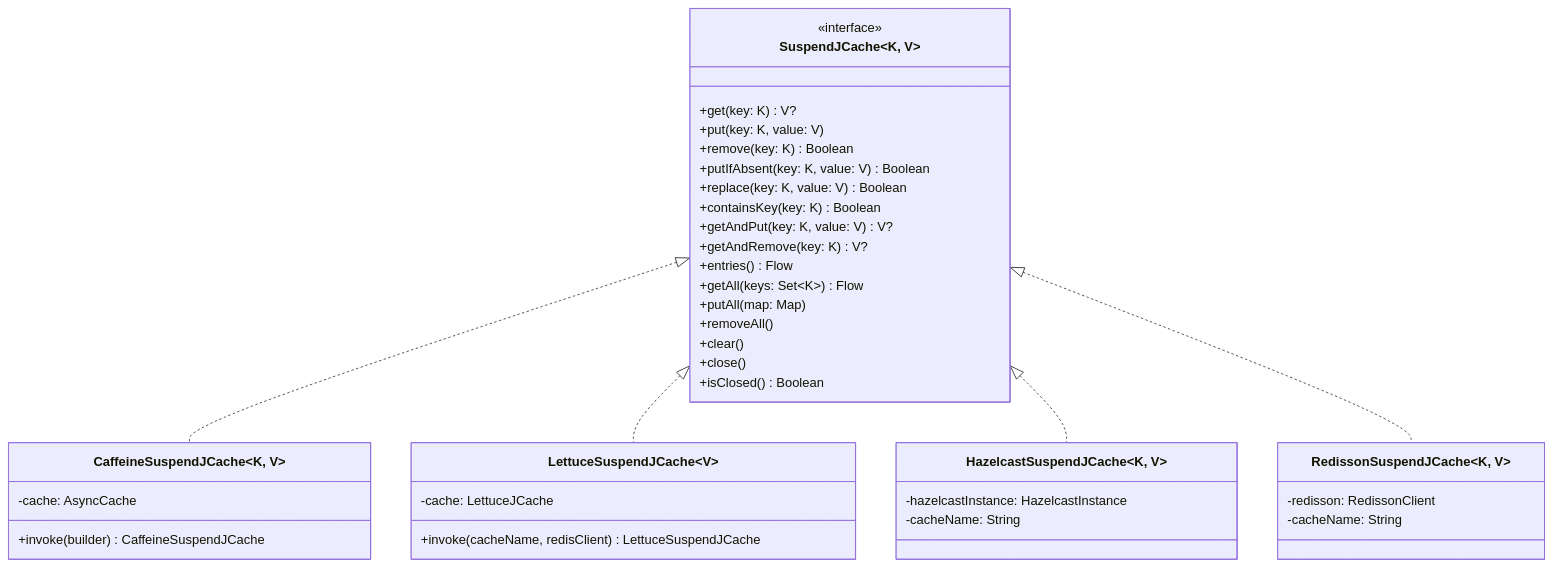
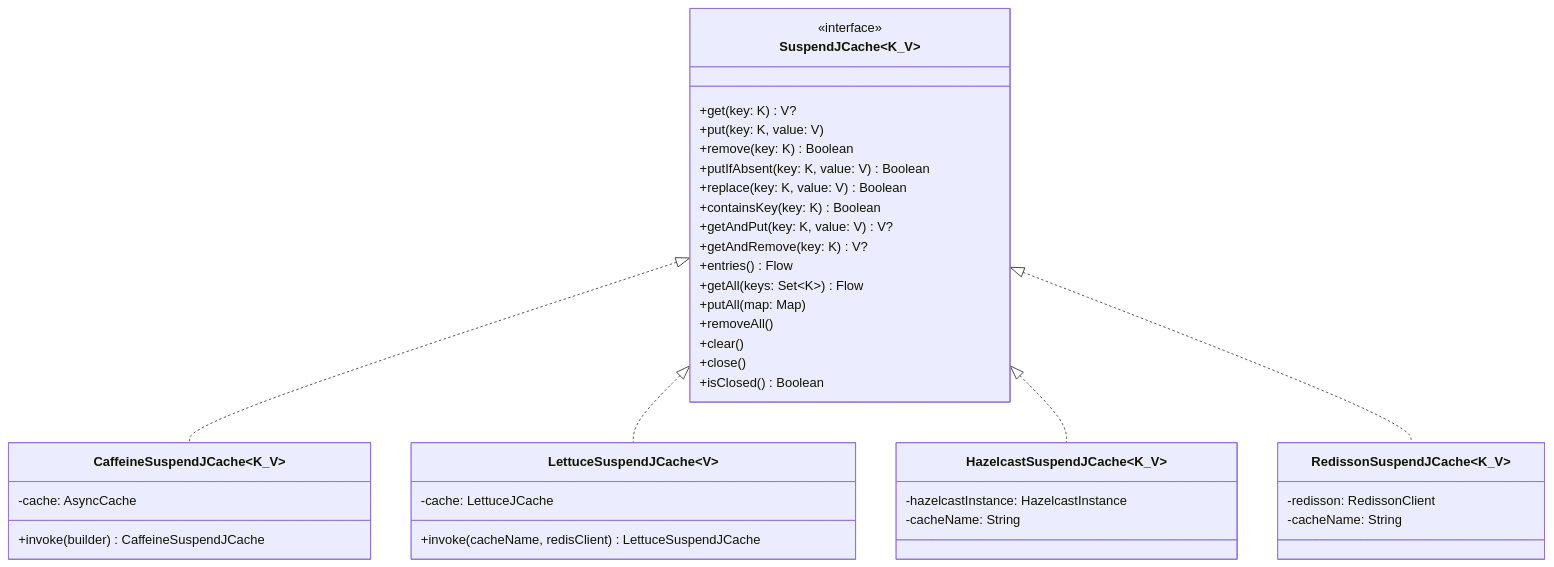
One commit to bluetape4k/bluetape4k-projects changed the fifth of 7 diagrams in infra/cache-core/README.md. Above: the diagram before and after it, drawn with Mermaid. The commit also changed other lines of this file and 95 other files, not shown here.

First line of the commit message:
docs: Mermaid 파서 오류 전체 수정 (IntelliJ IDEA 호환)

````diff
--- a/infra/cache-core/README.md
+++ b/infra/cache-core/README.md
@@ -205,46 +193,46 @@
 ```mermaid
 classDiagram
-    class SuspendJCache~K, V~ {
+    class SuspendJCache~K_V~ {
         <<interface>>
         +get(key: K) V?
         +put(key: K, value: V)
         +remove(key: K) Boolean
         +putIfAbsent(key: K, value: V) Boolean
         +replace(key: K, value: V) Boolean
         +containsKey(key: K) Boolean
         +getAndPut(key: K, value: V) V?
         +getAndRemove(key: K) V?
         +entries() Flow
         +getAll(keys: Set~K~) Flow
 +putAll(map: Map)
         +removeAll()
         +clear()
         +close()
         +isClosed() Boolean
     }
 
-class CaffeineSuspendJCache~K, V~ {
+class CaffeineSuspendJCache~K_V~ {
 -cache: AsyncCache
         +invoke(builder) CaffeineSuspendJCache
     }
 
     class LettuceSuspendJCache~V~ {
 -cache: LettuceJCache
         +invoke(cacheName, redisClient) LettuceSuspendJCache
     }
 
-class HazelcastSuspendJCache~K, V~ {
+class HazelcastSuspendJCache~K_V~ {
         -hazelcastInstance: HazelcastInstance
         -cacheName: String
     }
 
-class RedissonSuspendJCache~K, V~ {
+class RedissonSuspendJCache~K_V~ {
         -redisson: RedissonClient
         -cacheName: String
     }
 
 SuspendJCache <|.. CaffeineSuspendJCache
 SuspendJCache <|.. LettuceSuspendJCache
 SuspendJCache <|.. HazelcastSuspendJCache
 SuspendJCache <|.. RedissonSuspendJCache
 ```
````
